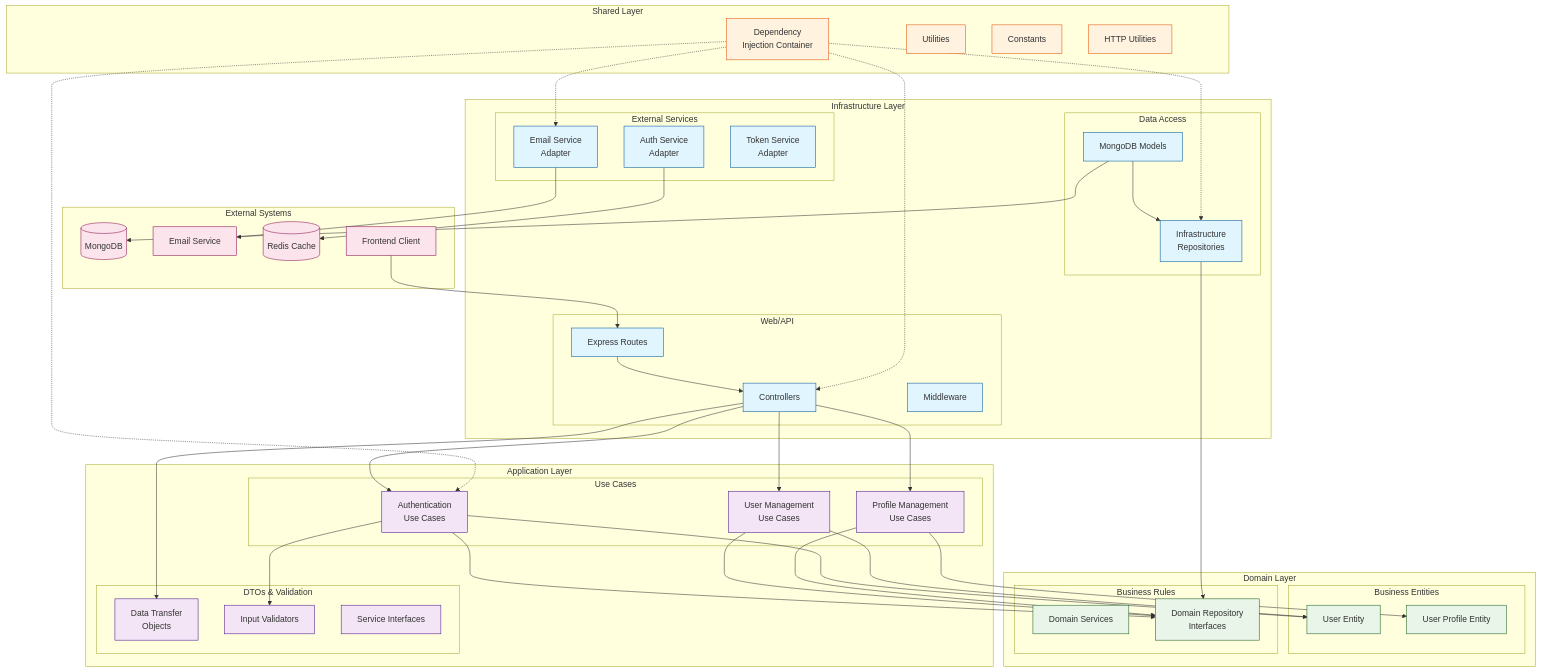
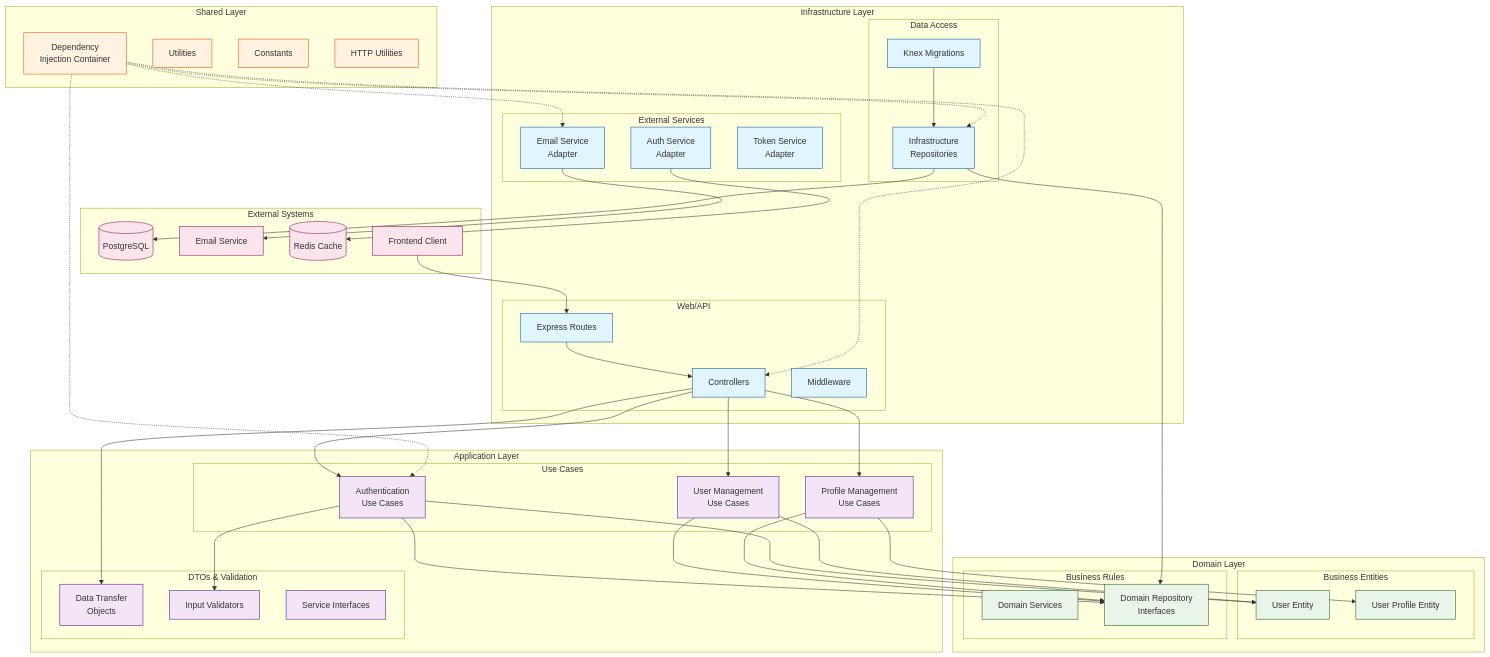
The diagram in backend/docs/architecture/architecture-overview.md (josephnguyen-macusaone/abc-dashboard), drawn with Mermaid before and after one commit. The commit also changed other lines of this file and 141 other files, not shown here.

```diff
--- a/backend/docs/architecture/architecture-overview.md
+++ b/backend/docs/architecture/architecture-overview.md
@@ -8,7 +8,7 @@
 graph TB
     %% External Systems
     subgraph "External Systems"
-        DB[(MongoDB)]
+        DB[(PostgreSQL)]
         Email[Email Service]
         Cache[(Redis Cache)]
         Client[Frontend Client]
@@ -23,7 +23,7 @@
         end
 
         subgraph "Data Access"
-            Models[MongoDB Models]
+            Migrations[Knex Migrations]
             InfraRepo[Infrastructure<br/>Repositories]
         end
 
@@ -86,14 +86,14 @@
     ProfileUC --> DomainRepo
 
     InfraRepo --> DomainRepo
-    Models --> InfraRepo
+    Migrations --> InfraRepo
 
     Controllers --> DTOs
     AuthUC --> Validators
 
     EmailSvc --> Email
     AuthSvc --> Cache
-    Models --> DB
+    InfraRepo --> DB
 
     Kernel -.-> Controllers
     Kernel -.-> AuthUC
@@ -106,7 +106,7 @@
     classDef shared fill:#fff3e0,stroke:#e65100
     classDef external fill:#fce4ec,stroke:#880e4f
 
-    class Routes,Controllers,Middleware,Models,InfraRepo,EmailSvc,AuthSvc,TokenSvc outer
+    class Routes,Controllers,Middleware,Migrations,InfraRepo,EmailSvc,AuthSvc,TokenSvc outer
     class AuthUC,UserUC,ProfileUC,DTOs,Validators,Interfaces middle
     class User,UserProfile,DomainSvc,DomainRepo inner
     class Kernel,Utils,Constants,HttpUtils shared
```
